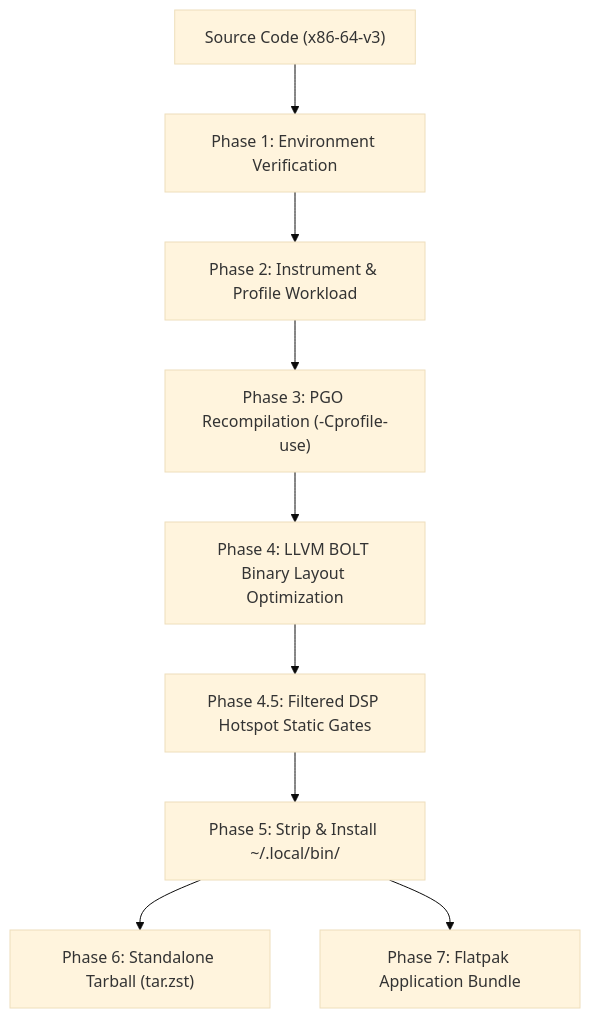
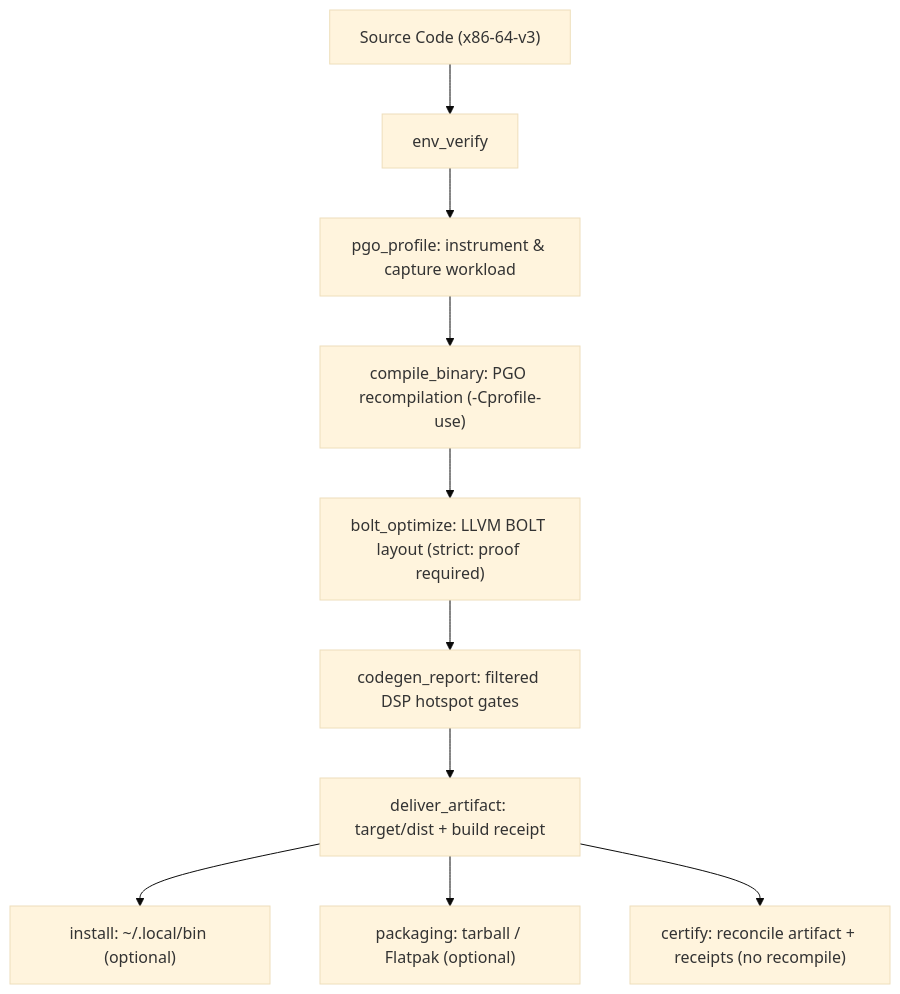
The diagram in docs/testing.md (fabiohl/NAM-Audio-Pipe), drawn with Mermaid (base theme) before and after one commit. The commit also changed other lines of this file and 40 other files, not shown here.

Commit message:
refactor: migrate QA script architecture to Rust-based receipts and workflows

````diff
--- a/docs/testing.md
+++ b/docs/testing.md
@@ -410,11 +368,12 @@
 ```mermaid
 flowchart TD
-    A["Source Code (x86-64-v3)"] --> B["Phase 1: Environment Verification"]
-    B --> C["Phase 2: Instrument & Profile Workload"]
-    C --> D["Phase 3: PGO Recompilation (-Cprofile-use)"]
-    D --> E["Phase 4: LLVM BOLT Binary Layout Optimization"]
-    E --> F["Phase 4.5: Filtered DSP Hotspot Static Gates"]
-    F --> G["Phase 5: Strip & Install ~/.local/bin/"]
-    G --> H["Phase 6: Standalone Tarball (tar.zst)"]
-    G --> I["Phase 7: Flatpak Application Bundle"]
+    A["Source Code (x86-64-v3)"] --> B["env_verify"]
+    B --> C["pgo_profile: instrument & capture workload"]
+    C --> D["compile_binary: PGO recompilation (-Cprofile-use)"]
+    D --> E["bolt_optimize: LLVM BOLT layout (strict: proof required)"]
+    E --> F["codegen_report: filtered DSP hotspot gates"]
+    F --> G["deliver_artifact: target/dist + build receipt"]
+    G --> H["install: ~/.local/bin (optional)"]
+    G --> I["packaging: tarball / Flatpak (optional)"]
+    G --> J["certify: reconcile artifact + receipts (no recompile)"]
 ```
````
